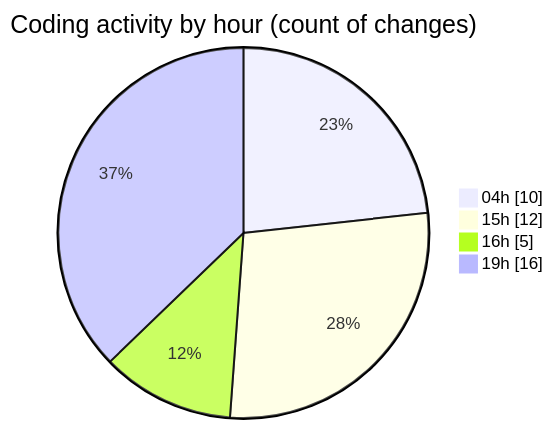
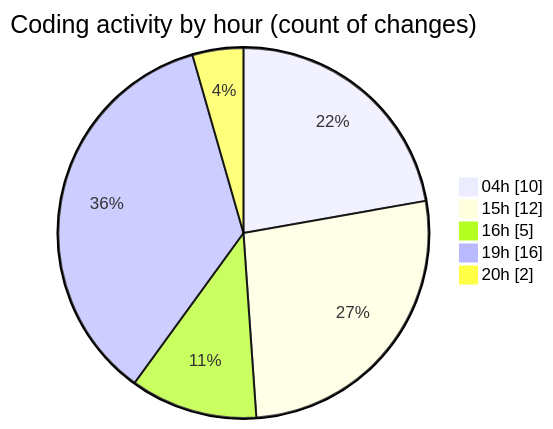
One commit to charlie-sans/code-tracking changed the second of 2 diagrams in 2025-03-17/sharpmasm/README.md. Above: the diagram before and after it, drawn with Mermaid. The commit also changed other lines of this file and 1 other file, not shown here.

````diff
--- a/2025-03-17/sharpmasm/README.md
+++ b/2025-03-17/sharpmasm/README.md
@@ -35,8 +35,9 @@
 ```mermaid
 pie showData
 title Coding activity by hour (count of changes)
 "04h" : 10
 "15h" : 12
 "16h" : 5
 "19h" : 16
+"20h" : 2
 ```
````
